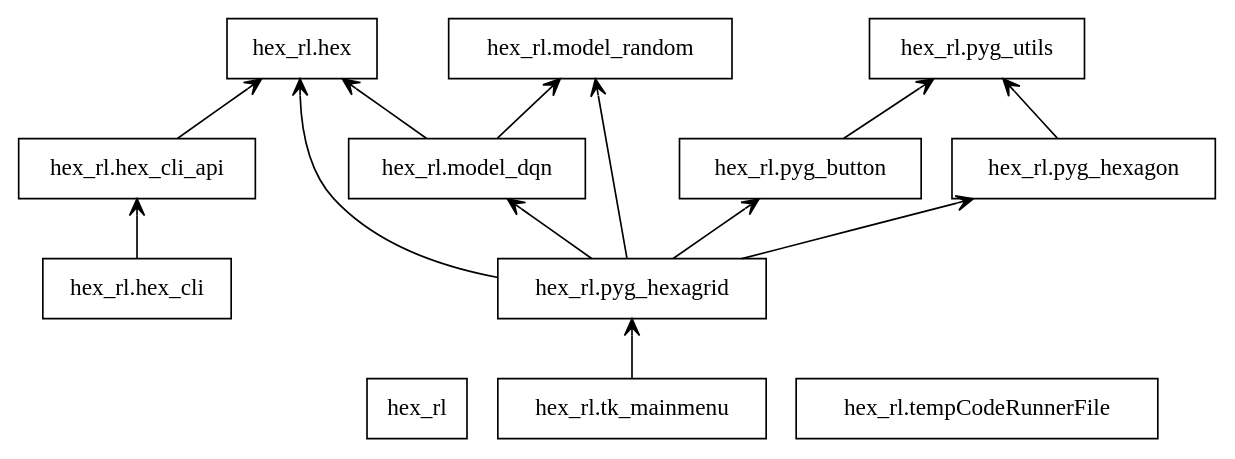
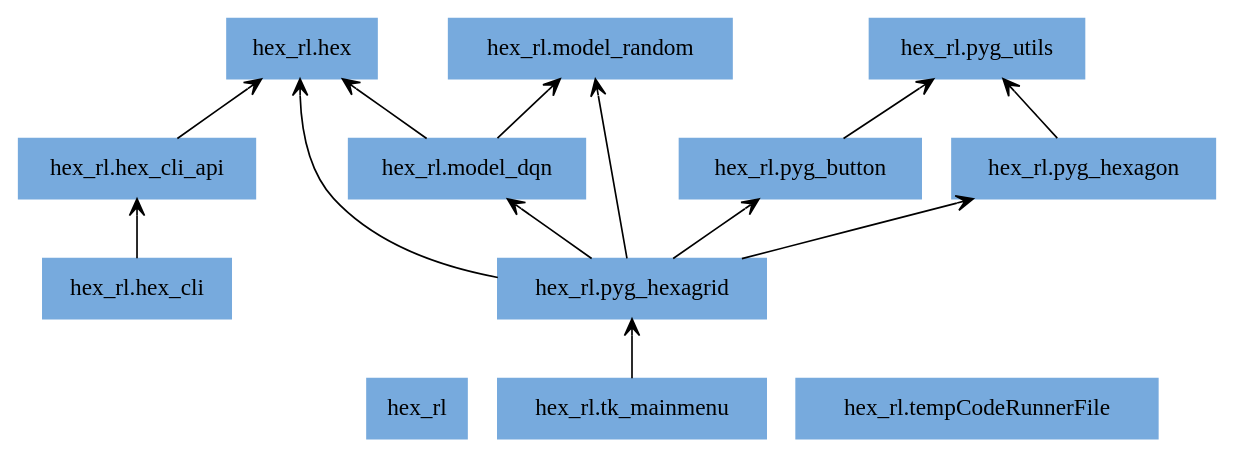
Before and after one commit to htnminh/hex-rl: the diagram in packages.dot, drawn with Graphviz. The commit also changed 3 other files, not shown here.

Commit message:
update pylint graphviz

```diff
--- a/packages.dot
+++ b/packages.dot
@@ -1,28 +1,28 @@
 digraph "packages" {
 rankdir=BT
 charset="utf-8"
-"hex_rl" [color="black", label=<hex_rl>, shape="box", style="solid"];
-"hex_rl.hex" [color="black", label=<hex_rl.hex>, shape="box", style="solid"];
-"hex_rl.hex_cli" [color="black", label=<hex_rl.hex_cli>, shape="box", style="solid"];
-"hex_rl.hex_cli_api" [color="black", label=<hex_rl.hex_cli_api>, shape="box", style="solid"];
-"hex_rl.model_dqn" [color="black", label=<hex_rl.model_dqn>, shape="box", style="solid"];
-"hex_rl.model_random" [color="black", label=<hex_rl.model_random>, shape="box", style="solid"];
-"hex_rl.pyg_button" [color="black", label=<hex_rl.pyg_button>, shape="box", style="solid"];
-"hex_rl.pyg_hexagon" [color="black", label=<hex_rl.pyg_hexagon>, shape="box", style="solid"];
-"hex_rl.pyg_hexagrid" [color="black", label=<hex_rl.pyg_hexagrid>, shape="box", style="solid"];
-"hex_rl.pyg_utils" [color="black", label=<hex_rl.pyg_utils>, shape="box", style="solid"];
-"hex_rl.tempCodeRunnerFile" [color="black", label=<hex_rl.tempCodeRunnerFile>, shape="box", style="solid"];
-"hex_rl.tk_mainmenu" [color="black", label=<hex_rl.tk_mainmenu>, shape="box", style="solid"];
+"hex_rl" [color="#77AADD", label=<hex_rl>, shape="box", style="filled"];
+"hex_rl.hex" [color="#77AADD", label=<hex_rl.hex>, shape="box", style="filled"];
+"hex_rl.hex_cli" [color="#77AADD", label=<hex_rl.hex_cli>, shape="box", style="filled"];
+"hex_rl.hex_cli_api" [color="#77AADD", label=<hex_rl.hex_cli_api>, shape="box", style="filled"];
+"hex_rl.model_dqn" [color="#77AADD", label=<hex_rl.model_dqn>, shape="box", style="filled"];
+"hex_rl.model_random" [color="#77AADD", label=<hex_rl.model_random>, shape="box", style="filled"];
+"hex_rl.pyg_button" [color="#77AADD", label=<hex_rl.pyg_button>, shape="box", style="filled"];
+"hex_rl.pyg_hexagon" [color="#77AADD", label=<hex_rl.pyg_hexagon>, shape="box", style="filled"];
+"hex_rl.pyg_hexagrid" [color="#77AADD", label=<hex_rl.pyg_hexagrid>, shape="box", style="filled"];
+"hex_rl.pyg_utils" [color="#77AADD", label=<hex_rl.pyg_utils>, shape="box", style="filled"];
+"hex_rl.tempCodeRunnerFile" [color="#77AADD", label=<hex_rl.tempCodeRunnerFile>, shape="box", style="filled"];
+"hex_rl.tk_mainmenu" [color="#77AADD", label=<hex_rl.tk_mainmenu>, shape="box", style="filled"];
 "hex_rl.hex_cli" -> "hex_rl.hex_cli_api" [arrowhead="open", arrowtail="none"];
 "hex_rl.hex_cli_api" -> "hex_rl.hex" [arrowhead="open", arrowtail="none"];
 "hex_rl.model_dqn" -> "hex_rl.hex" [arrowhead="open", arrowtail="none"];
 "hex_rl.model_dqn" -> "hex_rl.model_random" [arrowhead="open", arrowtail="none"];
 "hex_rl.pyg_button" -> "hex_rl.pyg_utils" [arrowhead="open", arrowtail="none"];
 "hex_rl.pyg_hexagon" -> "hex_rl.pyg_utils" [arrowhead="open", arrowtail="none"];
 "hex_rl.pyg_hexagrid" -> "hex_rl.hex" [arrowhead="open", arrowtail="none"];
 "hex_rl.pyg_hexagrid" -> "hex_rl.model_dqn" [arrowhead="open", arrowtail="none"];
 "hex_rl.pyg_hexagrid" -> "hex_rl.model_random" [arrowhead="open", arrowtail="none"];
 "hex_rl.pyg_hexagrid" -> "hex_rl.pyg_button" [arrowhead="open", arrowtail="none"];
 "hex_rl.pyg_hexagrid" -> "hex_rl.pyg_hexagon" [arrowhead="open", arrowtail="none"];
 "hex_rl.tk_mainmenu" -> "hex_rl.pyg_hexagrid" [arrowhead="open", arrowtail="none"];
 }
```
